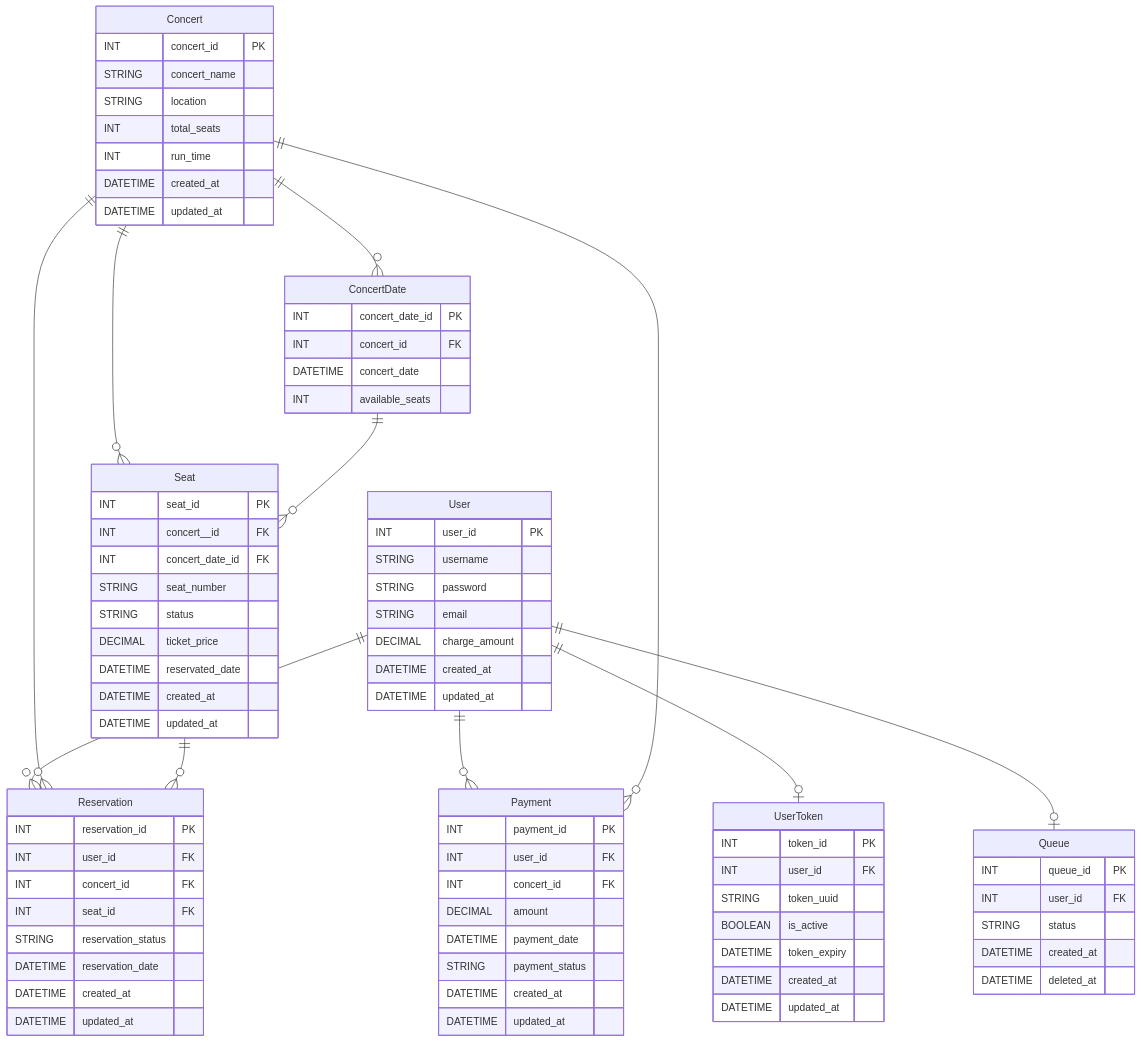
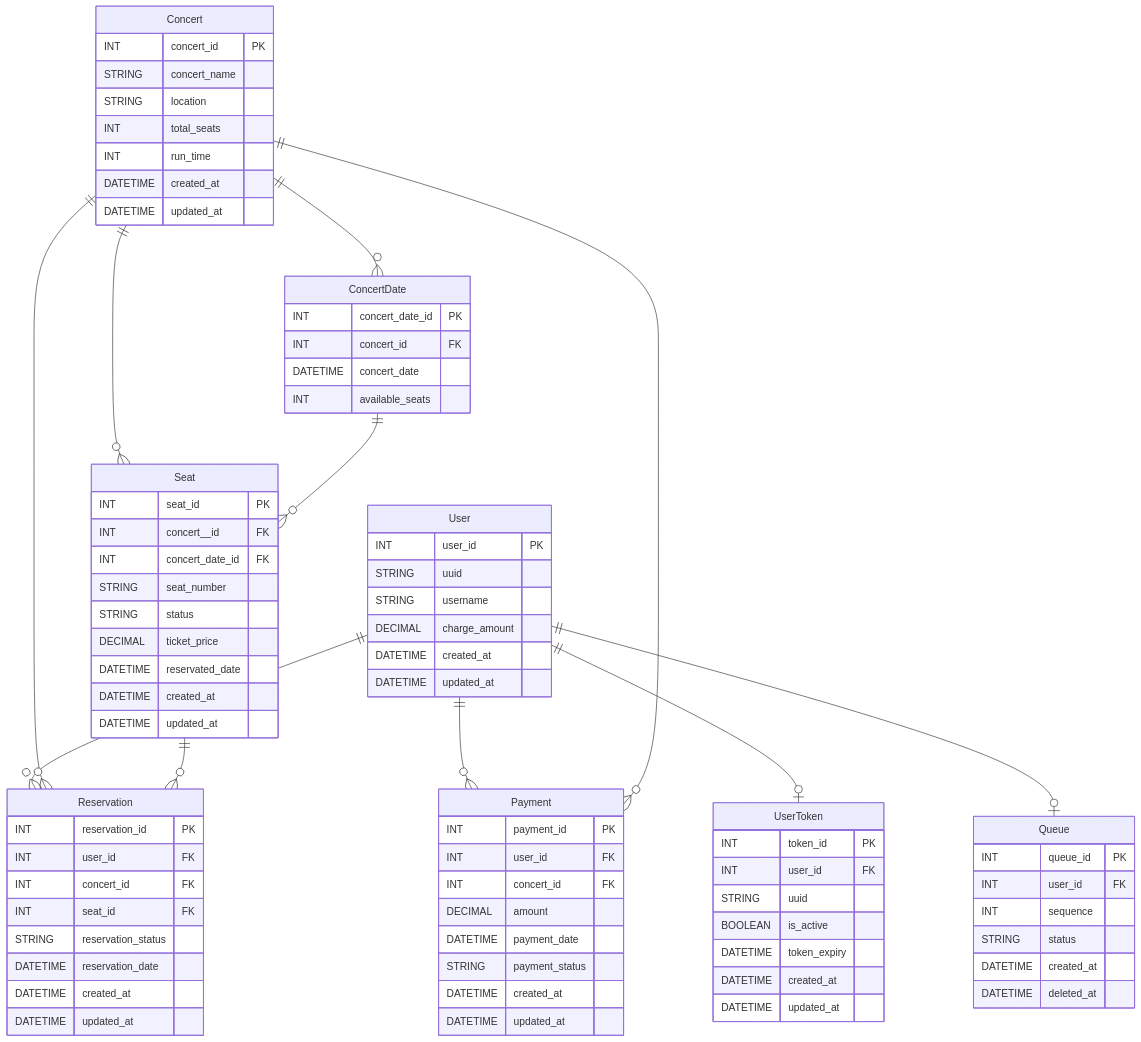
Before and after one commit to maiorem/ticket-reservation: the eighth of 8 diagrams in README.md, drawn with Mermaid. The commit also changed other lines of this file, not shown here.

Commit message:
set: ERD 설계

````diff
--- a/README.md
+++ b/README.md
@@ -233,9 +233,8 @@
 erDiagram
     User {
         INT user_id PK
+        STRING uuid
         STRING username
-        STRING password
-        STRING email
         DECIMAL charge_amount
         DATETIME created_at
         DATETIME updated_at
@@ -244,7 +243,7 @@
     UserToken {
         INT token_id PK
         INT user_id FK
-        STRING token_uuid
+        STRING uuid
         BOOLEAN is_active
         DATETIME token_expiry
         DATETIME created_at
@@ -283,6 +282,7 @@
     Queue {
         INT queue_id PK
         INT user_id FK
+        INT sequence
         STRING status
         DATETIME created_at
         DATETIME deleted_at
@@ -322,4 +322,4 @@
     ConcertDate ||--o{ Seat : "" 
     Concert ||--o{ Payment : ""
 
-```
+``` 
````
